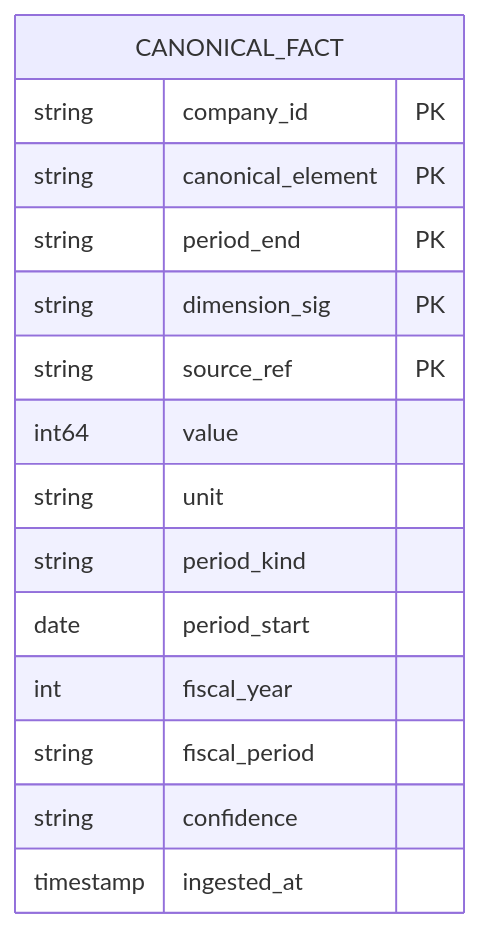
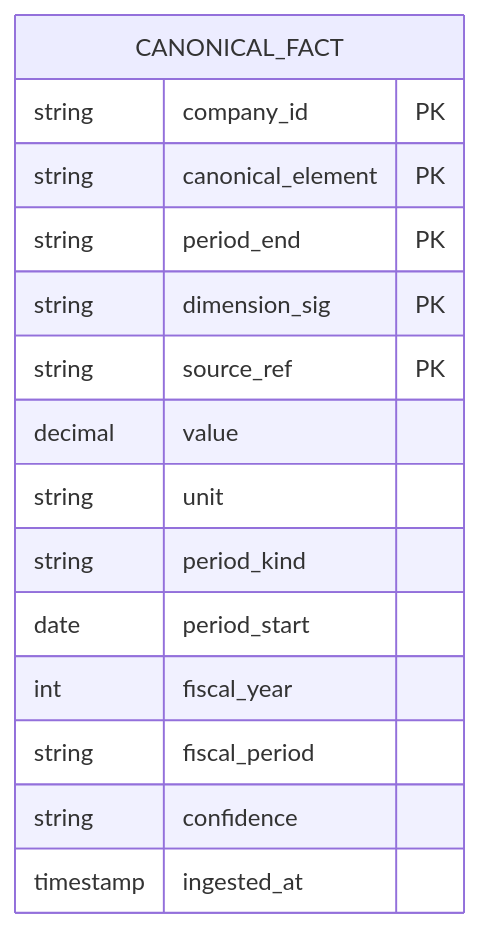
One commit to ironcapitaleu/arkad changed the third of 4 diagrams in sec/design/data_model/hybrid_data_model.md. Above: the diagram before and after it, drawn with Mermaid. The commit also changed other lines of this file and 9 other files, not shown here.

````diff
--- a/sec/design/data_model/hybrid_data_model.md
+++ b/sec/design/data_model/hybrid_data_model.md
@@ -364,18 +364,18 @@
 ```mermaid
 erDiagram
   CANONICAL_FACT {
     string company_id PK
     string canonical_element PK
     string period_end PK
     string dimension_sig PK
     string source_ref PK
-    int64  value
+    decimal value
     string unit
     string period_kind
     date   period_start
     int    fiscal_year
     string fiscal_period
     string confidence
     timestamp ingested_at
   }
 ```
````
